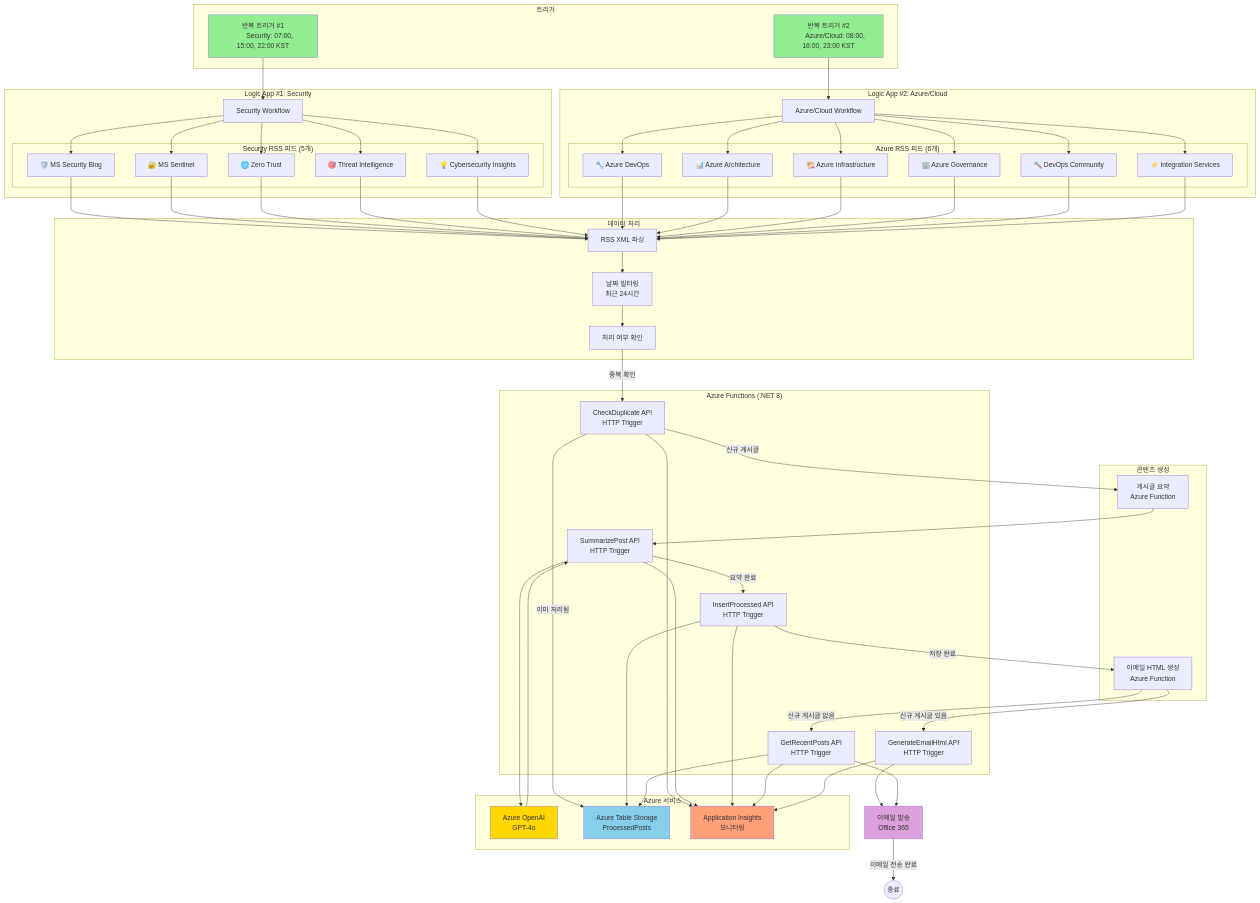
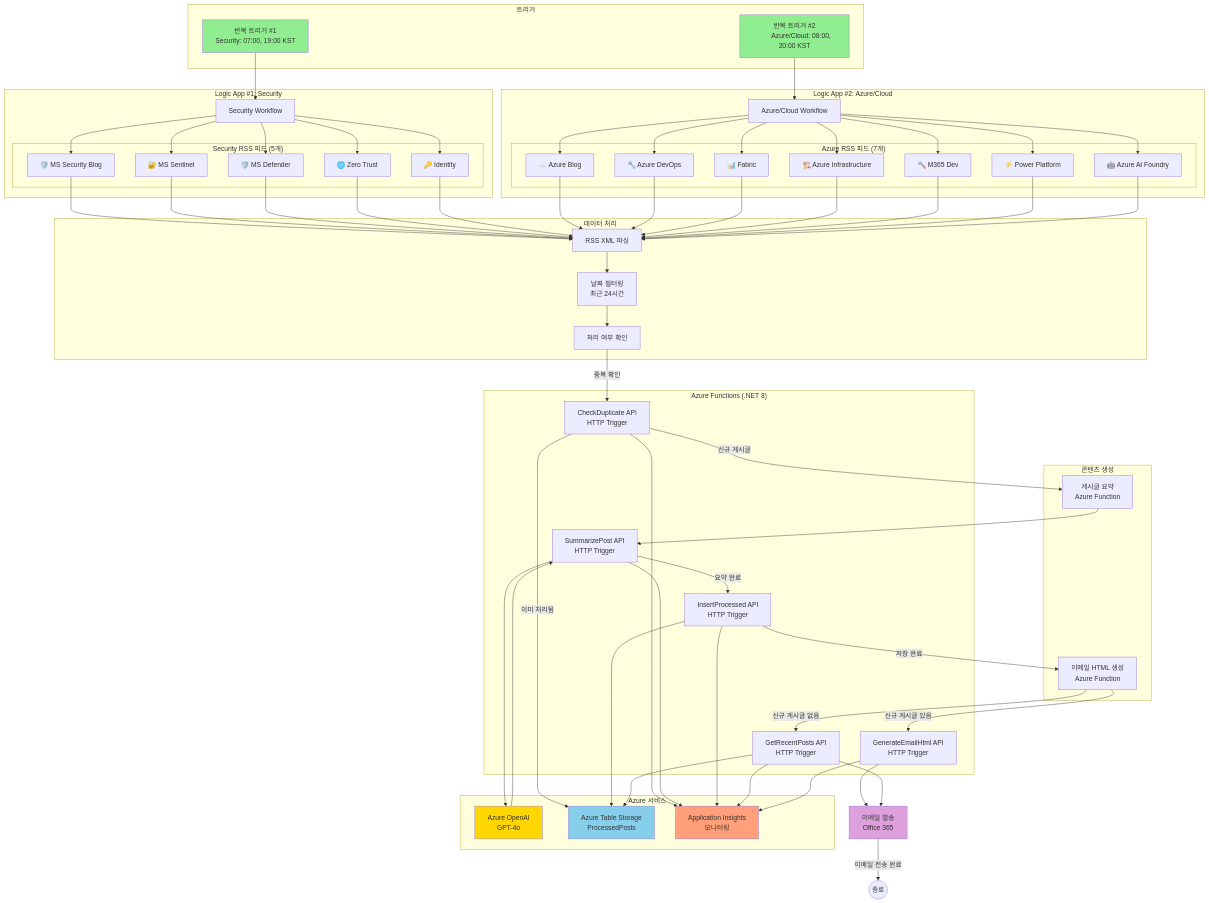
The first of 4 diagrams in docs/아키텍처.md (zer0big/azure-security-blog-automation), drawn with Mermaid before and after one commit. The commit also changed other lines of this file and 9 other files, not shown here.

```diff
--- a/docs/아키텍처.md
+++ b/docs/아키텍처.md
@@ -19,9 +19,9 @@
 graph TB
     subgraph "트리거"
         T1["반복 트리거 #1
-        Security: 07:00, 15:00, 22:00 KST"]
+        Security: 07:00, 19:00 KST"]
         T2["반복 트리거 #2
-        Azure/Cloud: 08:00, 16:00, 23:00 KST"]
+        Azure/Cloud: 08:00, 20:00 KST"]
     end
     
     subgraph "Logic App #1: Security"
@@ -30,22 +30,23 @@
         subgraph "Security RSS 피드 (5개)"
             RSS1[🛡️ MS Security Blog]
             RSS2[🔐 MS Sentinel]
-            RSS3[🌐 Zero Trust]
-            RSS4[🎯 Threat Intelligence]
-            RSS5[💡 Cybersecurity Insights]
+            RSS3[🛡️ MS Defender]
+            RSS4[🌐 Zero Trust]
+            RSS5[🔑 Identity]
         end
     end
     
     subgraph "Logic App #2: Azure/Cloud"
         LA2[Azure/Cloud Workflow]
         
-        subgraph "Azure RSS 피드 (6개)"
-            RSS6[🔧 Azure DevOps]
-            RSS7[📊 Azure Architecture]
-            RSS8[🏗️ Azure Infrastructure]
-            RSS9[🏢 Azure Governance]
-            RSS10[🔨 DevOps Community]
-            RSS11[⚡ Integration Services]
+        subgraph "Azure RSS 피드 (7개)"
+            RSS6[☁️ Azure Blog]
+            RSS7[🔧 Azure DevOps]
+            RSS8[📊 Fabric]
+            RSS9[🏗️ Azure Infrastructure]
+            RSS10[🔨 M365 Dev]
+            RSS11[⚡ Power Platform]
+            RSS12[🤖 Azure AI Foundry]
         end
     end
     
@@ -79,9 +80,9 @@
     T1 --> LA1
     T2 --> LA2
     LA1 --> RSS1 & RSS2 & RSS3 & RSS4 & RSS5
-    LA2 --> RSS6 & RSS7 & RSS8 & RSS9 & RSS10 & RSS11
+    LA2 --> RSS6 & RSS7 & RSS8 & RSS9 & RSS10 & RSS11 & RSS12
     RSS1 & RSS2 & RSS3 & RSS4 & RSS5 --> PARSE
-    RSS6 & RSS7 & RSS8 & RSS9 & RSS10 & RSS11 --> PARSE
+    RSS6 & RSS7 & RSS8 & RSS9 & RSS10 & RSS11 & RSS12 --> PARSE
     PARSE --> FILTER
     FILTER --> CHECK
     CHECK -->|중복 확인| F1
```
